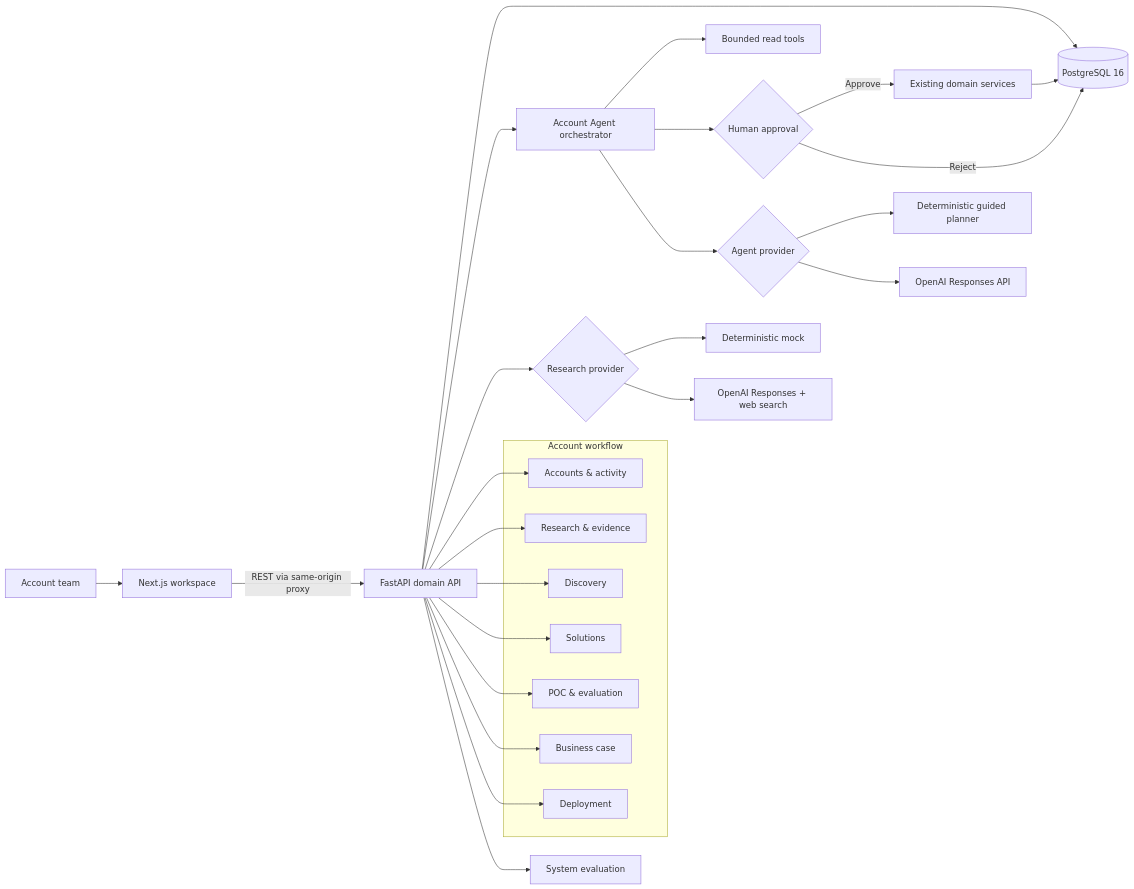
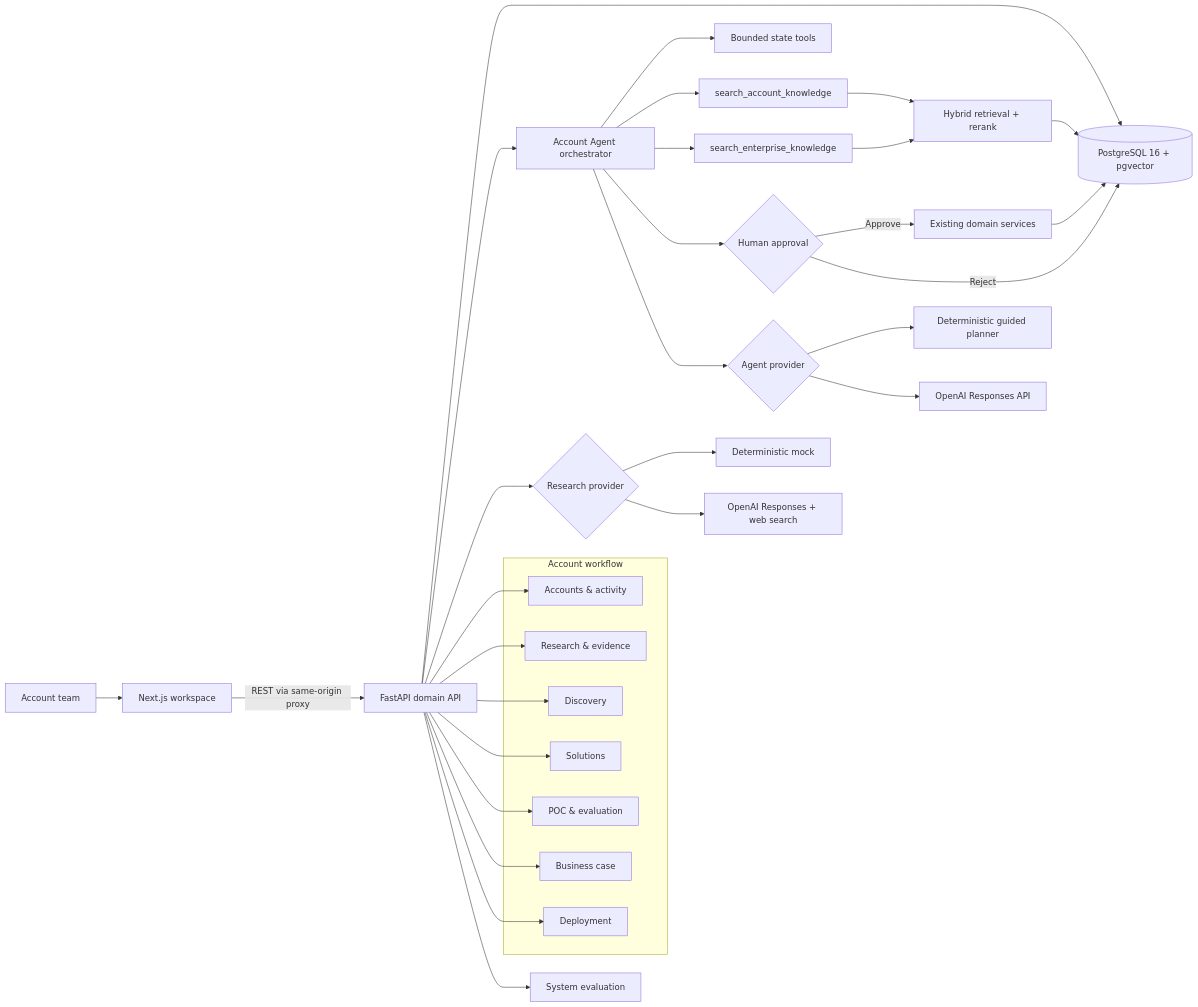
Before and after one commit to FloatingHarry/solutionflow: the first of 2 diagrams in docs/architecture.md, drawn with Mermaid. The commit also changed other lines of this file and 34 other files, not shown here.

Commit message:
feat: add enterprise knowledge RAG

````diff
--- a/docs/architecture.md
+++ b/docs/architecture.md
@@ -7,37 +7,42 @@
 ```mermaid
 flowchart LR
     U[Account team] --> W[Next.js workspace]
     W -->|REST via same-origin proxy| A[FastAPI domain API]
-    A --> P[(PostgreSQL 16)]
+    A --> P[(PostgreSQL 16 + pgvector)]
     A --> AG[Account Agent orchestrator]
-    AG --> T[Bounded read tools]
+    AG --> T[Bounded state tools]
+    AG --> AK[search_account_knowledge]
+    AG --> EK[search_enterprise_knowledge]
+    AK --> K[Hybrid retrieval + rerank]
+    EK --> K
+    K --> P
     AG --> H{Human approval}
     H -->|Approve| D[Existing domain services]
     H -->|Reject| P
     D --> P
     AG --> L{Agent provider}
     L --> G[Deterministic guided planner]
     L --> O[OpenAI Responses API]
     A --> R{Research provider}
     R --> M[Deterministic mock]
     R --> OW[OpenAI Responses + web search]
 
     subgraph Account workflow
       AC[Accounts & activity]
       RE[Research & evidence]
       DI[Discovery]
       SO[Solutions]
       PO[POC & evaluation]
       BC[Business case]
       DE[Deployment]
     end
 
     A --> AC
     A --> RE
     A --> DI
     A --> SO
     A --> PO
     A --> BC
     A --> DE
     A --> SE[System evaluation]
 ```
````
